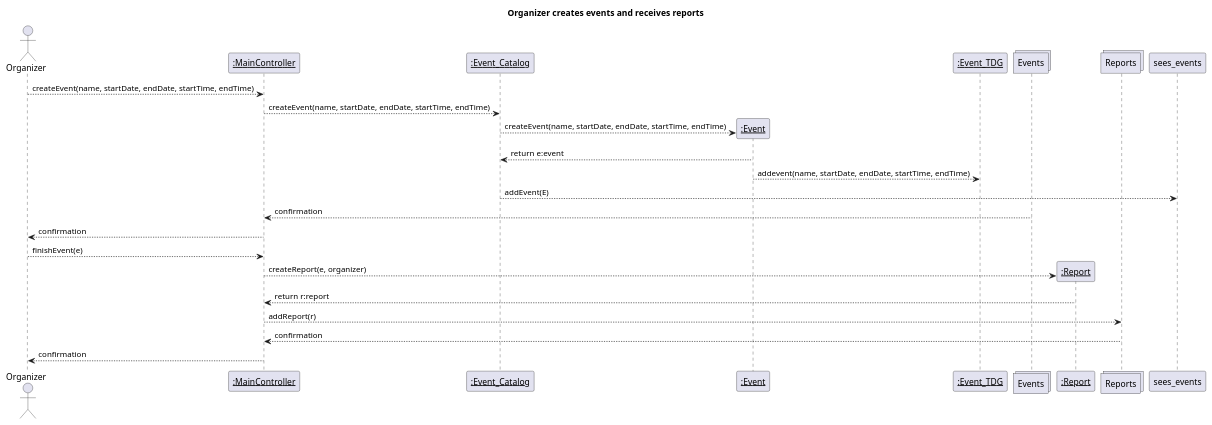
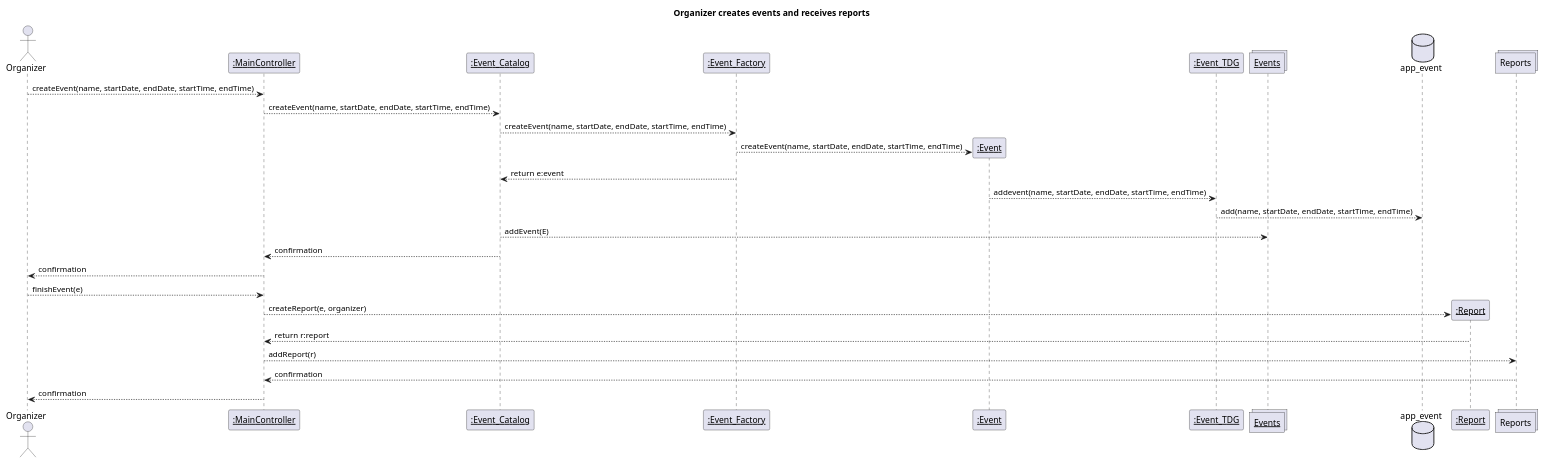
Before and after one commit to DominiqueProulx/SOEN343-PartyPoopers: the diagram in Documentation/Sequence Diagrams/sd_2.5_Create_event_and_report_v2.puml, drawn with PlantUML.

Commit message:
add tdg and factory to create event

```diff
--- a/Documentation/Sequence Diagrams/sd_2.5_Create_event_and_report_v2.puml
+++ b/Documentation/Sequence Diagrams/sd_2.5_Create_event_and_report_v2.puml
@@ -3,36 +3,40 @@
 @startuml 
 
 title: Organizer creates events and receives reports
 
  
 actor "Organizer" as organizer
 participant "__:MainController__" as mainctrl
 participant "__:Event_Catalog__" as eventCat
+participant "__:Event_Factory__" as eventFactory
 participant "__:Event__" as event
 participant "__:Event_TDG__" as eventtdg
-collections "Events" as events
+collections "__Events__" as sees_events
+database "app_event" as eventdb
 participant "__:Report__" as report
 collections "Reports" as reports
 
 organizer --> mainctrl: createEvent(name, startDate, endDate, startTime, endTime)
 mainctrl --> eventCat : createEvent(name, startDate, endDate, startTime, endTime)
-eventCat --> event **: createEvent(name, startDate, endDate, startTime, endTime)
-event --> eventCat : return e:event
+eventCat --> eventFactory : createEvent(name, startDate, endDate, startTime, endTime)
+eventFactory --> event **: createEvent(name, startDate, endDate, startTime, endTime)
+eventFactory --> eventCat : return e:event
 event--> eventtdg : addevent(name, startDate, endDate, startTime, endTime)
+eventtdg -->eventdb : add(name, startDate, endDate, startTime, endTime)
 eventCat --> sees_events: addEvent(E)
-events --> mainctrl: confirmation
+eventCat --> mainctrl: confirmation
 mainctrl --> organizer: confirmation
 
 organizer --> mainctrl: finishEvent(e)
 mainctrl --> report**: createReport(e, organizer)
 report --> mainctrl: return r:report
 mainctrl --> reports: addReport(r)
 reports --> mainctrl: confirmation
 mainctrl--> organizer: confirmation
 
 
 
 
 
 
 @enduml 
```
